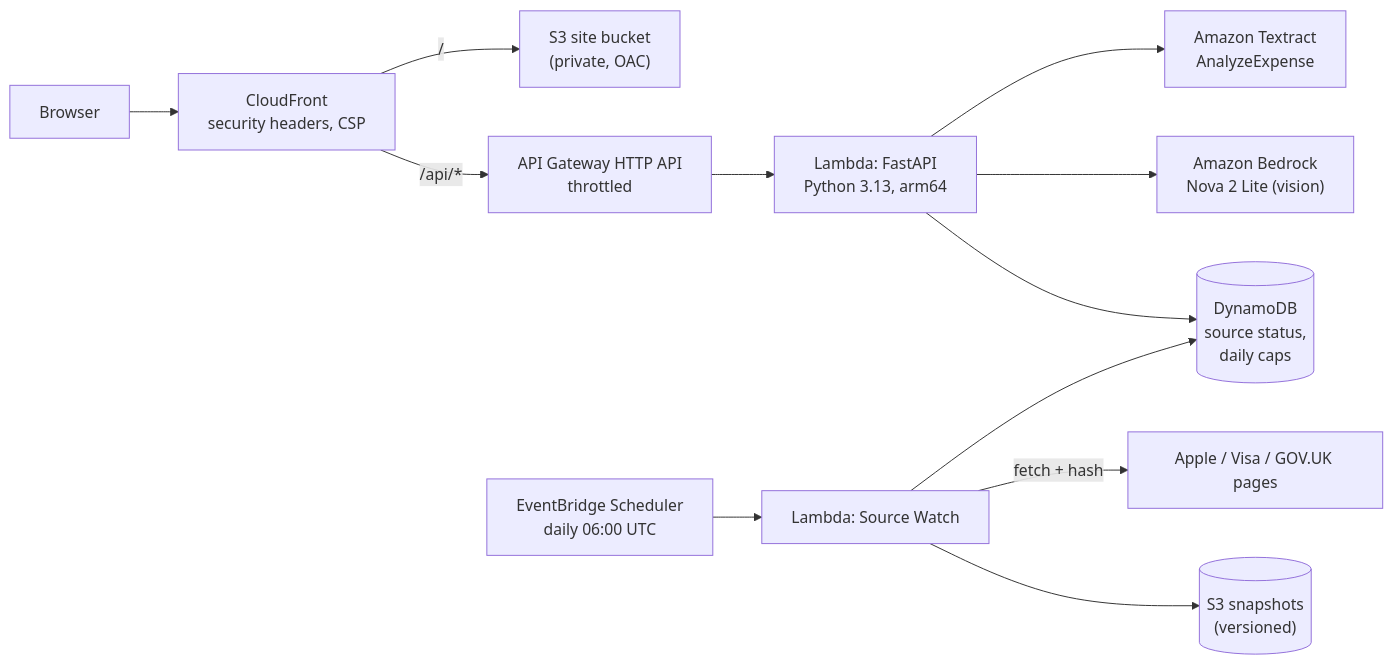
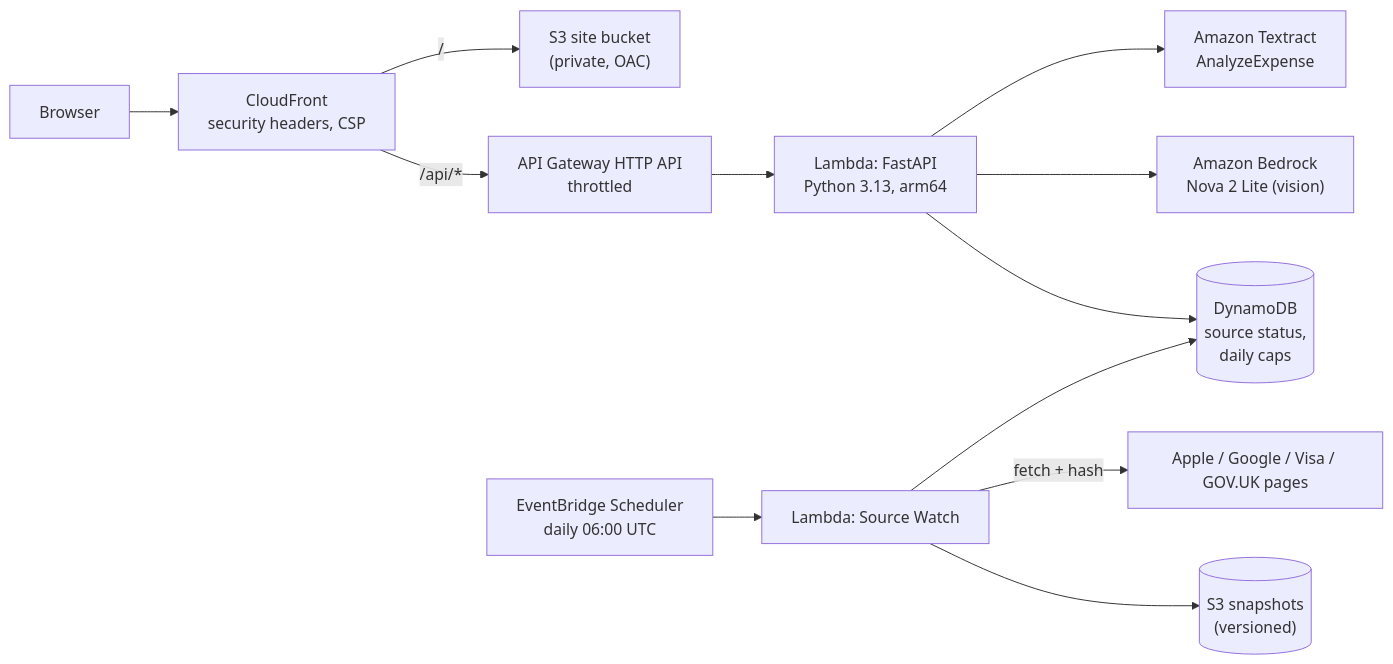
One commit to Extraordinarytechy/remedy-ai changed the diagram in README.md. Above: the diagram before and after it, drawn with Mermaid. The commit also changed other lines of this file and 9 other files, not shown here.

````diff
--- a/README.md
+++ b/README.md
@@ -60,14 +65,14 @@
 ```mermaid
 flowchart LR
     U["Browser"] --> CF["CloudFront<br/>security headers, CSP"]
     CF -->|"/"| S3["S3 site bucket<br/>(private, OAC)"]
     CF -->|"/api/*"| API["API Gateway HTTP API<br/>throttled"]
     API --> L["Lambda: FastAPI<br/>Python 3.13, arm64"]
     L --> TX["Amazon Textract<br/>AnalyzeExpense"]
     L --> BR["Amazon Bedrock<br/>Nova 2 Lite (vision)"]
     L --> DDB[("DynamoDB<br/>source status,<br/>daily caps")]
     SCH["EventBridge Scheduler<br/>daily 06:00 UTC"] --> SW["Lambda: Source Watch"]
-    SW -->|"fetch + hash"| SRC["Apple / Visa / GOV.UK pages"]
+    SW -->|"fetch + hash"| SRC["Apple / Google / Visa / GOV.UK pages"]
     SW --> DDB
     SW --> SNAP[("S3 snapshots<br/>(versioned)")]
 ```
````
